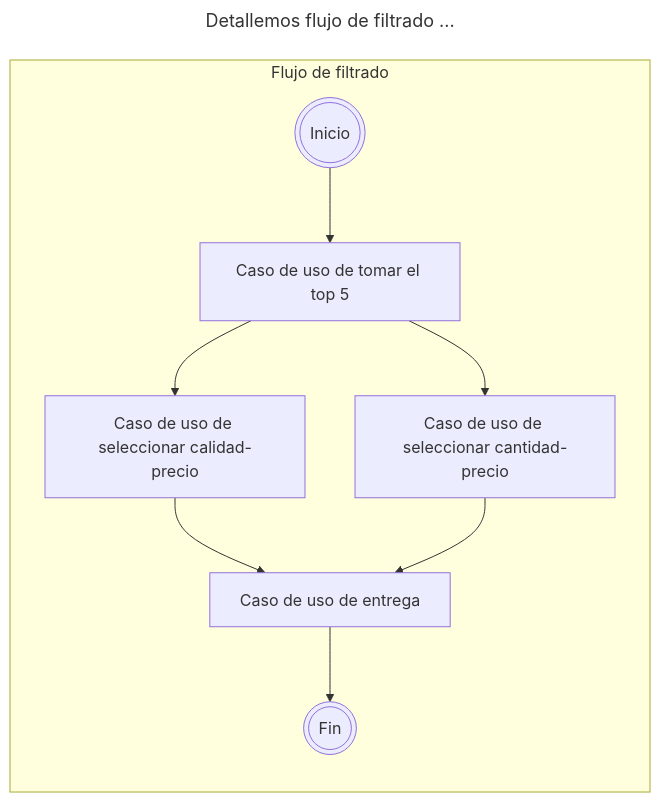
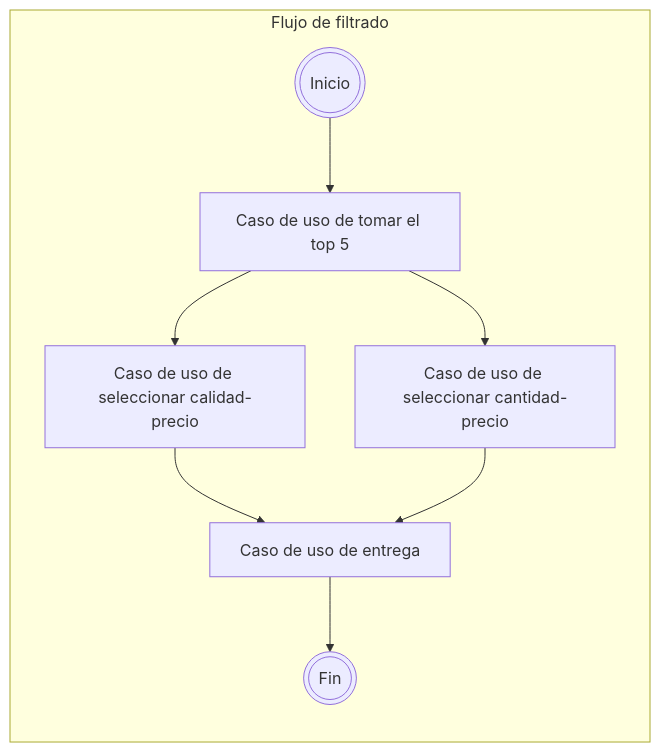
The third of 3 diagrams in docs/es/products/glossary.md (vslices/docs), drawn with Mermaid before and after one commit. The commit also changed other lines of this file and 15 other files, not shown here.

````diff
--- a/docs/es/products/glossary.md
+++ b/docs/es/products/glossary.md
@@ -129,20 +128,17 @@
 ```mermaid
----
-title: Detallemos flujo de filtrado ...
----
 flowchart LR
 
   subgraph WorkFlowDetail1_1_3[Flujo de filtrado]
     Inicio(((Inicio)))
 
     Paso1[Caso de uso de tomar el top 5]
     Paso2_1[Caso de uso de seleccionar calidad-precio]
     Paso2_2[Caso de uso de seleccionar cantidad-precio]
     Paso3[Caso de uso de entrega]
     
     Fin(((Fin)))
 
     Inicio --> Paso1 --> Paso2_1 & Paso2_2 --> Paso3 --> Fin
 
   end
 ```
````
